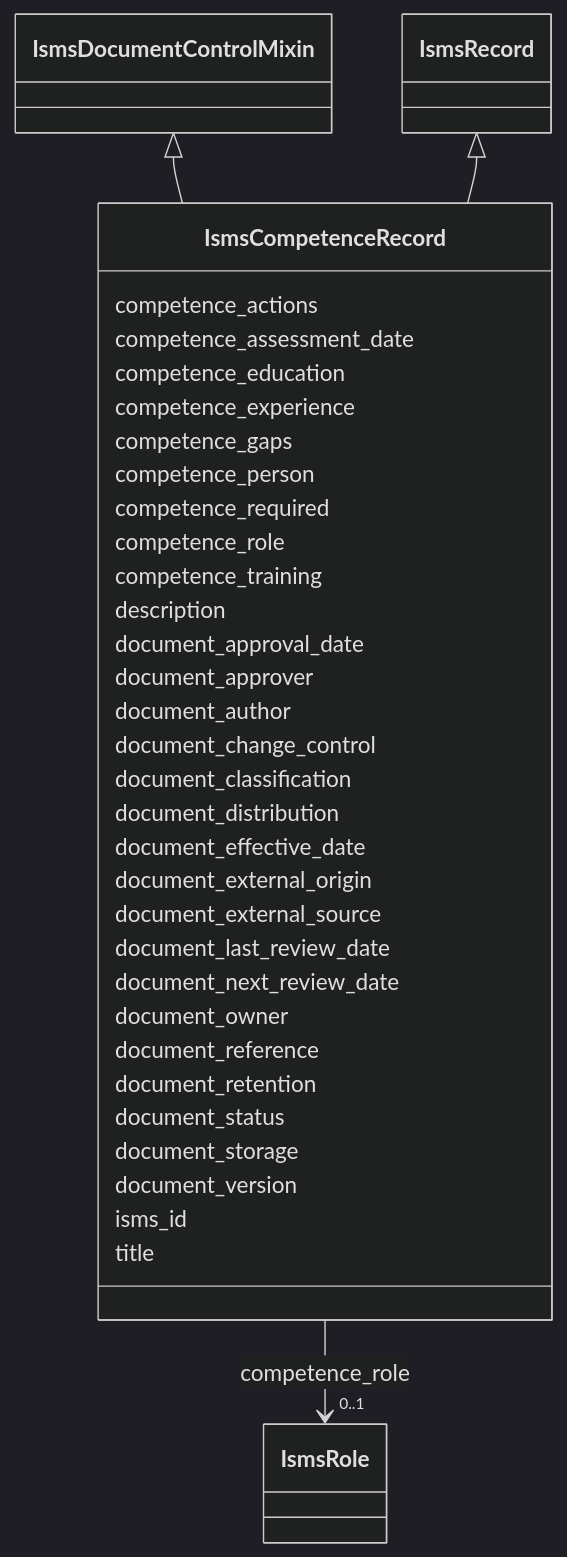
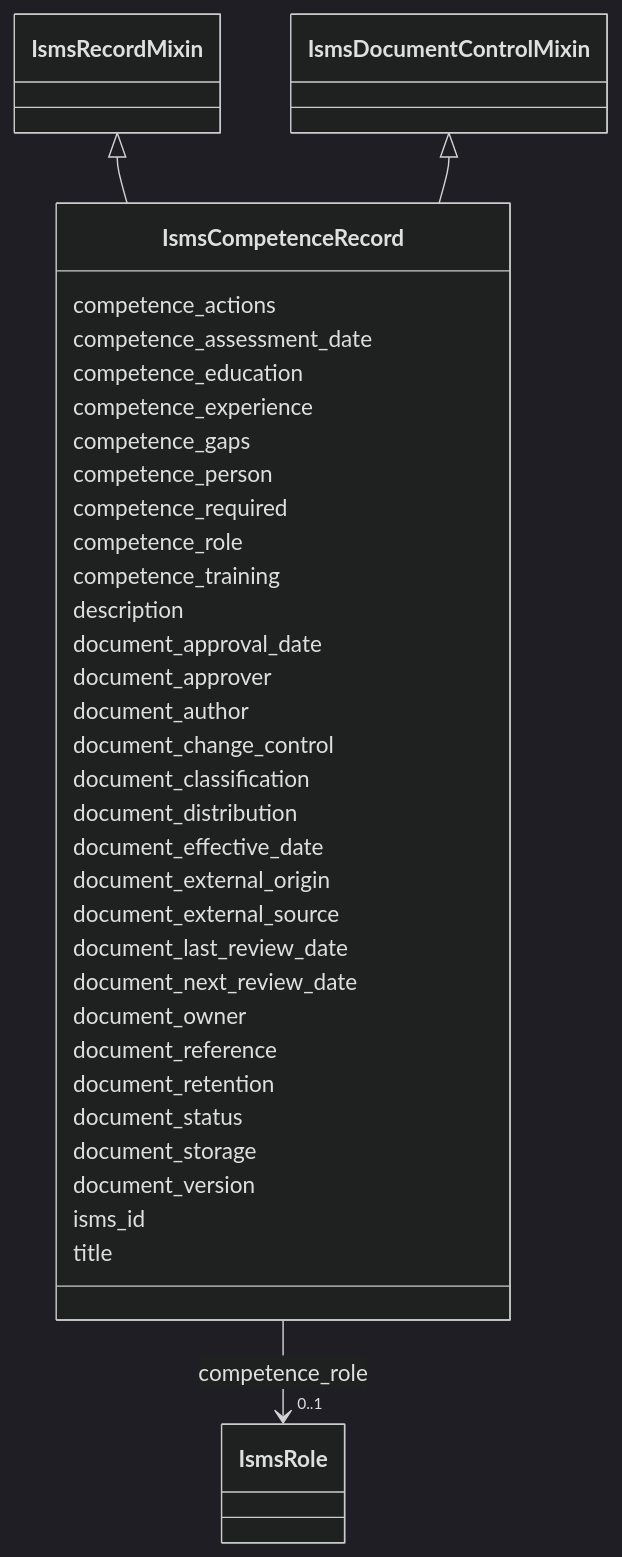
The diagram in project/mermaid/IsmsCompetenceRecord.md (lmodel/iso27001), drawn with Mermaid (dark theme) before and after one commit. The commit also changed 171 other files, not shown here.

Commit message:
refactor(schema): make the record base a mixin so adapt can root records

````diff
--- a/project/mermaid/IsmsCompetenceRecord.md
+++ b/project/mermaid/IsmsCompetenceRecord.md
@@ -4,78 +4,78 @@
 ```mermaid
  classDiagram
     class IsmsCompetenceRecord
     click IsmsCompetenceRecord href "../IsmsCompetenceRecord"
+      IsmsRecordMixin <|-- IsmsCompetenceRecord
+        click IsmsRecordMixin href "../IsmsRecordMixin"
       IsmsDocumentControlMixin <|-- IsmsCompetenceRecord
         click IsmsDocumentControlMixin href "../IsmsDocumentControlMixin"
-      IsmsRecord <|-- IsmsCompetenceRecord
-        click IsmsRecord href "../IsmsRecord"
       
       IsmsCompetenceRecord : competence_actions
         
       IsmsCompetenceRecord : competence_assessment_date
         
       IsmsCompetenceRecord : competence_education
         
       IsmsCompetenceRecord : competence_experience
         
       IsmsCompetenceRecord : competence_gaps
         
       IsmsCompetenceRecord : competence_person
         
       IsmsCompetenceRecord : competence_required
         
       IsmsCompetenceRecord : competence_role
         
           
     
         
         
         IsmsCompetenceRecord --> "0..1" IsmsRole : competence_role
         click IsmsRole href "../IsmsRole"
     
 
         
       IsmsCompetenceRecord : competence_training
         
       IsmsCompetenceRecord : description
         
       IsmsCompetenceRecord : document_approval_date
         
       IsmsCompetenceRecord : document_approver
         
       IsmsCompetenceRecord : document_author
         
       IsmsCompetenceRecord : document_change_control
         
       IsmsCompetenceRecord : document_classification
         
       IsmsCompetenceRecord : document_distribution
         
       IsmsCompetenceRecord : document_effective_date
         
       IsmsCompetenceRecord : document_external_origin
         
       IsmsCompetenceRecord : document_external_source
         
       IsmsCompetenceRecord : document_last_review_date
         
       IsmsCompetenceRecord : document_next_review_date
         
       IsmsCompetenceRecord : document_owner
         
       IsmsCompetenceRecord : document_reference
         
       IsmsCompetenceRecord : document_retention
         
       IsmsCompetenceRecord : document_status
         
       IsmsCompetenceRecord : document_storage
         
       IsmsCompetenceRecord : document_version
         
       IsmsCompetenceRecord : isms_id
         
       IsmsCompetenceRecord : title
         
       
 ```
````
